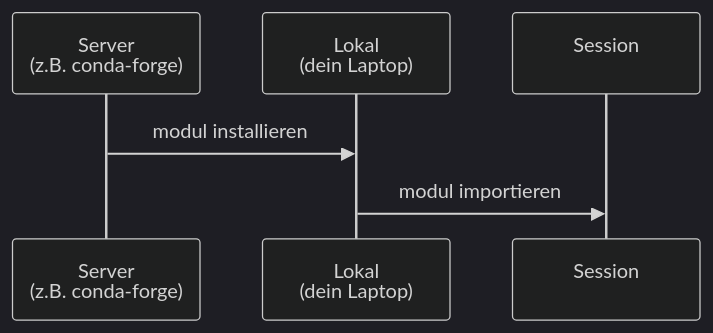
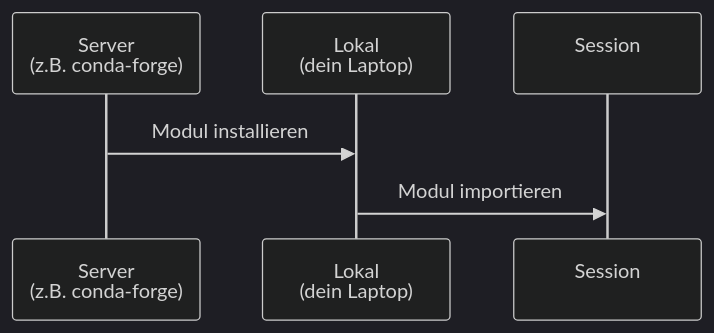
Before and after one commit to Modul-AGI/slides: the diagram in mermaid/install-python-modules-3.mmd, drawn with Mermaid. The commit also changed 246 other files, not shown here.

```diff
--- a/mermaid/install-python-modules-3.mmd
+++ b/mermaid/install-python-modules-3.mmd
@@ -1,8 +1,8 @@
 %%{init: {'theme': 'dark', 'themeVariables': { 'primaryTextColor': 'white'}}}%%
 sequenceDiagram
     participant A as Server<br>(z.B. conda-forge)
     participant B as Lokal<br>(dein Laptop)
     participant C as Session<br>
 
-    A->> B: modul installieren
-    B->> C: modul importieren
+    A->> B: Modul installieren
+    B->> C: Modul importieren
```
